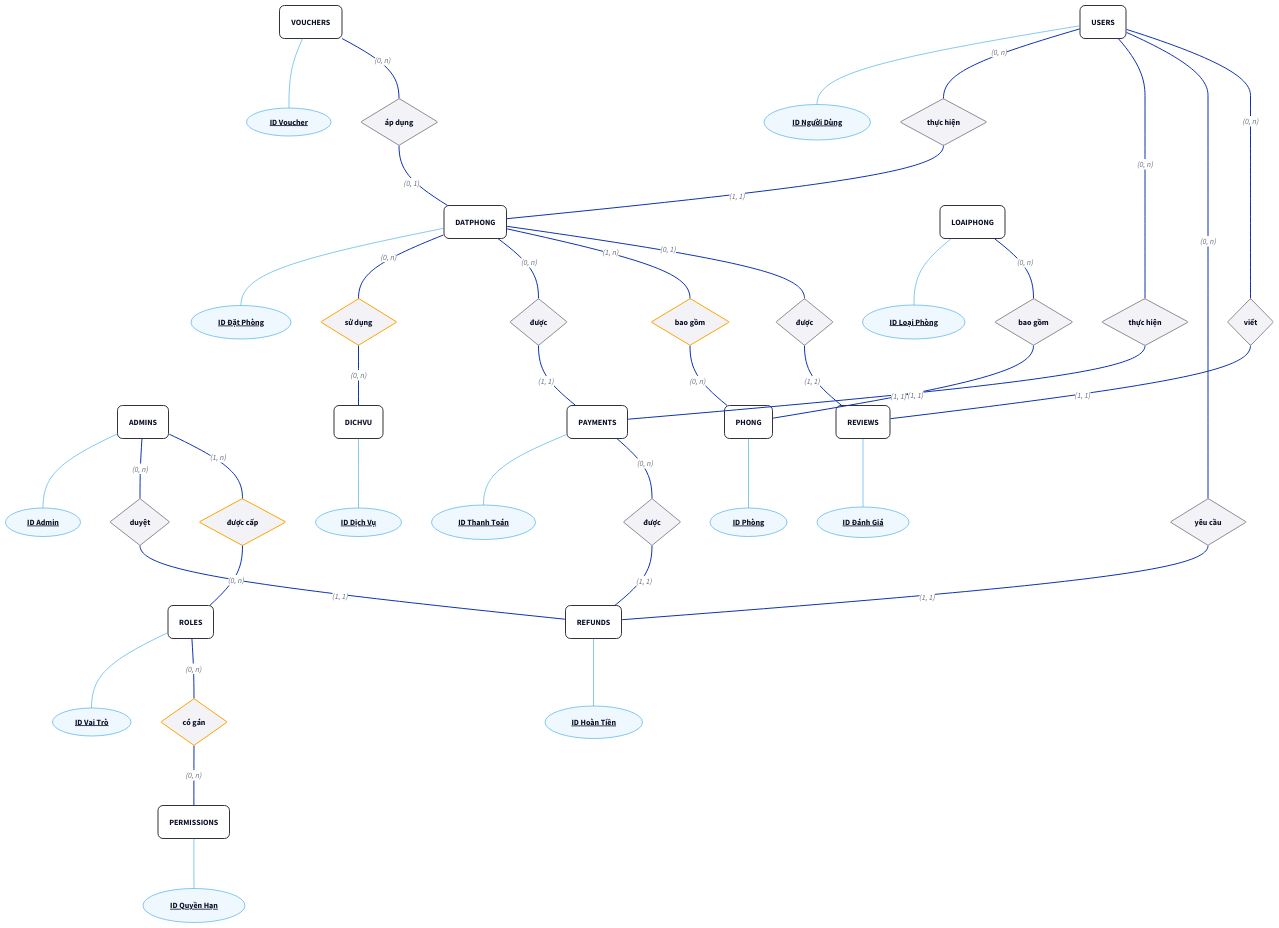
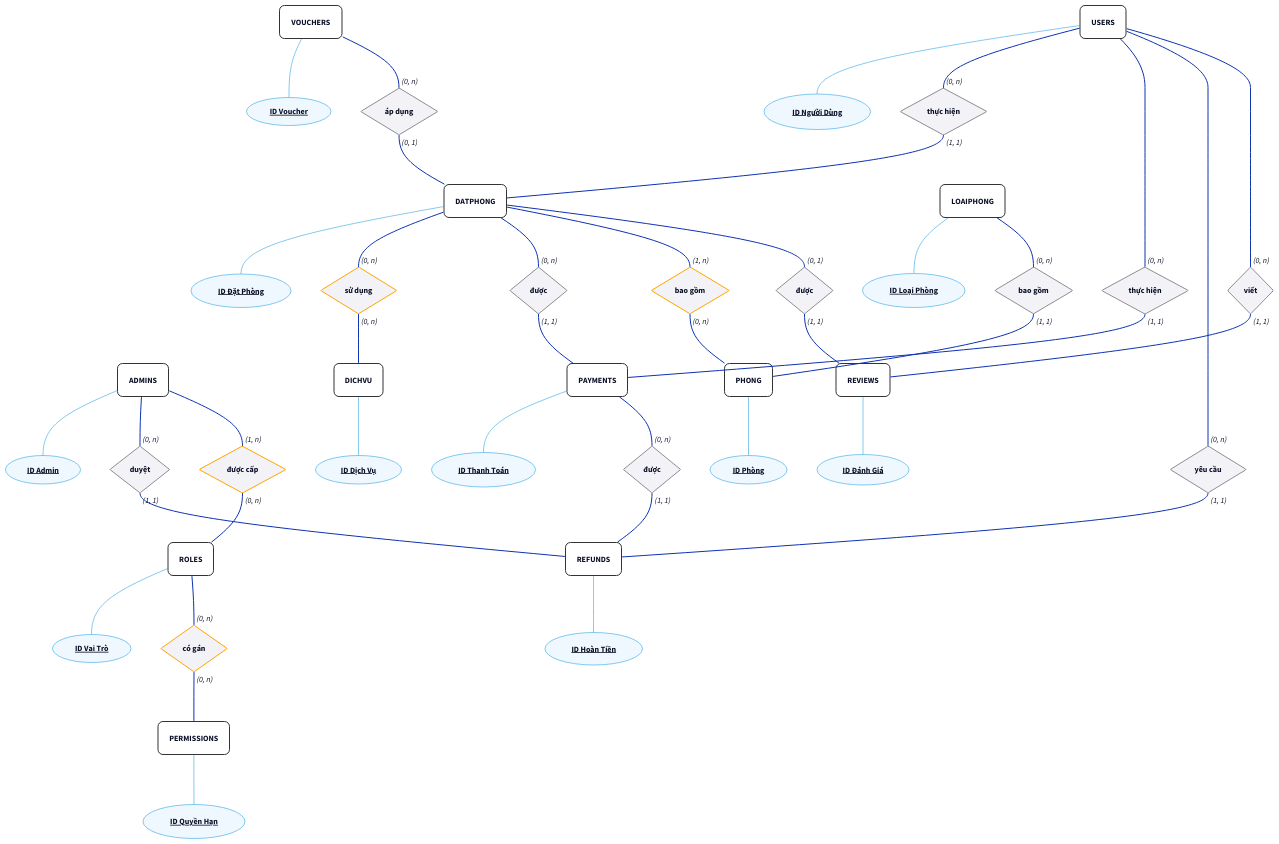
One commit to sam-uit/ie103-project-report changed the diagram in baocao/content/diagrams/ch02-concept-erd.d2. Above: the diagram before and after it, drawn with D2. The commit also changed 1 other file, not shown here.

Commit message:
target và source arrowhead: label

```diff
--- a/baocao/content/diagrams/ch02-concept-erd.d2
+++ b/baocao/content/diagrams/ch02-concept-erd.d2
@@ -1,187 +1,187 @@
 # direction: right
 
 # --- 0. STYLES ---
 style: {
   opacity: 0.0
   fill: transparent
 }
 
 # --- 1. SETTINGS ---
 classes: {
   entity: {
     shape: rectangle
     style: {border-radius: 10; fill: "#FFFFFF"; stroke: "#333333"}
   }
   rel: {
     shape: diamond
     style: {fill: "#F2F2F7"; stroke: "#8E8E93"}
   }
   attr: {
     shape: oval
     # width: 100; height: 50
     style: {fill: "#F0F8FF"; stroke: "#4682B4"; stroke-dash: 3}
   }
   attr_pri: {
     shape: oval
     style: {
       fill: "#F0F8FF"
       stroke: "#0d95de"
       stroke-width: 1
       underline: true
     }
   }
 }
 
 # --- 2. ENTITIES ---
 ADMINS: {class: entity; label: "ADMINS"}
 admin_id: {class: attr_pri; label: "ID Admin"}
 ADMINS -- admin_id: {style: {stroke: "#0d95de"; stroke-width: 1}}
 
 DATPHONG: {class: entity; label: "DATPHONG"}
 datphong_id: {class: attr_pri; label: "ID Đặt Phòng"}
 DATPHONG -- datphong_id: {style: {stroke: "#0d95de"; stroke-width: 1}}
 
 DICHVU: {class: entity; label: "DICHVU"}
 dichvu_id: {class: attr_pri; label: "ID Dịch Vụ"}
 DICHVU -- dichvu_id: {style: {stroke: "#0d95de"; stroke-width: 1}}
 
 LOAIPHONG: {class: entity; label: "LOAIPHONG"}
 loaiphong_id: {class: attr_pri; label: "ID Loại Phòng"}
 LOAIPHONG -- loaiphong_id: {style: {stroke: "#0d95de"; stroke-width: 1}}
 
 PAYMENTS: {class: entity; label: "PAYMENTS"}
 payments_id: {class: attr_pri; label: "ID Thanh Toán"}
 PAYMENTS -- payments_id: {style: {stroke: "#0d95de"; stroke-width: 1}}
 
 PERMISSIONS: {class: entity; label: "PERMISSIONS"}
 permissions_id: {class: attr_pri; label: "ID Quyền Hạn"}
 PERMISSIONS -- permissions_id: {style: {stroke: "#0d95de"; stroke-width: 1}}
 
 PHONG: {class: entity; label: "PHONG"}
 phong_id: {class: attr_pri; label: "ID Phòng"}
 PHONG -- phong_id: {style: {stroke: "#0d95de"; stroke-width: 1}}
 
 REFUNDS: {class: entity; label: "REFUNDS"}
 refunds_id: {class: attr_pri; label: "ID Hoàn Tiền"}
 REFUNDS -- refunds_id: {style: {stroke: "#0d95de"; stroke-width: 1}}
 
 REVIEWS: {class: entity; label: "REVIEWS"}
 reviews_id: {class: attr_pri; label: "ID Đánh Giá"}
 REVIEWS -- reviews_id: {style: {stroke: "#0d95de"; stroke-width: 1}}
 
 ROLES: {class: entity; label: "ROLES"}
 roles_id: {class: attr_pri; label: "ID Vai Trò"}
 ROLES -- roles_id: {style: {stroke: "#0d95de"; stroke-width: 1}}
 
 USERS: {class: entity; label: "USERS"}
 users_id: {class: attr_pri; label: "ID Người Dùng"}
 USERS -- users_id: {style: {stroke: "#0d95de"; stroke-width: 1}}
 
 VOUCHERS: {class: entity; label: "VOUCHERS"}
 vouchers_id: {class: attr_pri; label: "ID Voucher"}
 VOUCHERS -- vouchers_id: {style: {stroke: "#0d95de"; stroke-width: 1}}
 
 # --- 3. RELATIONSHIPS ---
 # ngôn ngữ "tự nhiên"
 
 # ADMINS -> REFUNDS: duyệt (1-n)
 # Admins có thể duyệt tối thiểu 0 và tối đa n lần hoàn tiền.
 # Một hoàn tiền có và chỉ có 1 admin duyệt.
 admins_refunds: {class: rel; label: "duyệt"}
-ADMINS -- admins_refunds: (0, n)
-admins_refunds -- REFUNDS: (1, 1)
+ADMINS -- admins_refunds: {target-arrowhead.label: "(0, n)"}
+admins_refunds -- REFUNDS: {source-arrowhead.label: "(1, 1)"}
 
 # ADMINS -> ROLES: được cấp (n-n)
 # n - n: viền cam
 # Một admin phải có tối thiểu 1 và tối đa n role được gán.
 # Một role có tối thiểu 0 và tối đa n admin được gán.
 admins_roles: {class: rel; label: "được cấp"; style: {stroke: orange}}
-ADMINS -- admins_roles: (1, n)
-admins_roles -- ROLES: (0, n)
+ADMINS -- admins_roles: {target-arrowhead.label: "(1, n)"}
+admins_roles -- ROLES: {source-arrowhead.label: "(0, n)"}
 
 # DATPHONG -> DICHVU: sử dụng (n-n)
 # Một đơn đặt phòng có thể có tối thiểu 0 và tối đa n dịch vụ đi kèm.
 # Một dịch vụ đi kèm có thể được sử dụng tối thiểu 0 và tối đa n đơn đặt phòng.
 datphong_dichvu: {class: rel; label: "sử dụng"; style: {stroke: orange}}
-DATPHONG -- datphong_dichvu: (0, n)
-datphong_dichvu -- DICHVU: (0, n)
+DATPHONG -- datphong_dichvu: {target-arrowhead.label: "(0, n)"}
+datphong_dichvu -- DICHVU: {source-arrowhead.label: "(0, n)"}
 
 # DATPHONG -> PAYMENTS: được (1-n)
 # Một đơn đặt phòng có tối thiểu 0 và tối đa n thanh toán.
 # Một thanh toán có và chỉ có 1 đơn đặt phòng.
 datphong_payments: {class: rel; label: "được"}
-DATPHONG -- datphong_payments: (0, n)
-datphong_payments -- PAYMENTS: (1, 1)
+DATPHONG -- datphong_payments: {target-arrowhead.label: "(0, n)"}
+datphong_payments -- PAYMENTS: {source-arrowhead.label: "(1, 1)"}
 
 # DATPHONG -> PHONG: bao gồm (1-n)
 # Một đơn đặt phòng có tối thiểu 1 và tối đa n phòng.
 # Một phòng có tối thiểu 0 và tối đa n đơn đặt phòng.
 datphong_phong: {class: rel; label: "bao gồm"; style: {stroke: orange}}
-DATPHONG -- datphong_phong: (1, n)
-datphong_phong -- PHONG: (0, n)
+DATPHONG -- datphong_phong: {target-arrowhead.label: "(1, n)"}
+datphong_phong -- PHONG: {source-arrowhead.label: "(0, n)"}
 
 # DATPHONG -> REVIEWS: được (1-1)
 # Một đơn đặt phòng có tối thiểu 0 và tối đa 1 đánh giá.
 # Một đánh giá thuộc và chỉ thuộc 1 đơn đặt phòng.
 datphong_reviews: {class: rel; label: "được"}
-DATPHONG -- datphong_reviews: (0, 1)
-datphong_reviews -- REVIEWS: (1, 1)
+DATPHONG -- datphong_reviews: {target-arrowhead.label: "(0, 1)"}
+datphong_reviews -- REVIEWS: {source-arrowhead.label: "(1, 1)"}
 
 # LOAIPHONG <- PHONG: thuộc
 # Một loại phòng có tối thiểu 0 và tối đa n phòng.
 # Một phòng thuộc và chỉ thuộc 1 loại phòng.
 loaiphong_phong: {class: rel; label: "bao gồm"}
-LOAIPHONG -- loaiphong_phong: (0, n)
-loaiphong_phong -- PHONG: (1, 1)
+LOAIPHONG -- loaiphong_phong: {target-arrowhead.label: "(0, n)"}
+loaiphong_phong -- PHONG: {source-arrowhead.label: "(1, 1)"}
 
 # PAYMENTS -> REFUNDS: được
 # Một thanh toán có tối thiểu 0 và tối đa n hoàn tiền.
 # Một hoàn tiền được và chỉ được tạo từ 1 thanh toán.
 payments_refunds: {class: rel; label: "được"}
-PAYMENTS -- payments_refunds: (0, n)
-payments_refunds -- REFUNDS: (1, 1)
+PAYMENTS -- payments_refunds: {target-arrowhead.label: "(0, n)"}
+payments_refunds -- REFUNDS: {source-arrowhead.label: "(1, 1)"}
 
 # ROLES -> PERMISSIONS: có gán (n-n)
 # Một vai trò có tối thiểu 0 và tối đa n quyền hạn.
 # Một quyền hạn có tối thiểu 0 và tối đa n vai trò.
 roles_permissions: {class: rel; label: "có gán"; style: {stroke: orange}}
-ROLES -- roles_permissions: (0, n)
-roles_permissions -- PERMISSIONS: (0, n)
+ROLES -- roles_permissions: {target-arrowhead.label: "(0, n)"}
+roles_permissions -- PERMISSIONS: {source-arrowhead.label: "(0, n)"}
 
 # USERS -> DATPHONG: thực hiện (1-n)
 # Một user có tối thiểu 0, và tối đa n đặt phòng
 # Một đặt phòng có và chỉ có 1 user
 users_datphong: {class: rel; label: "thực hiện"}
-USERS -- users_datphong: (0, n)
-users_datphong -- DATPHONG: (1, 1)
+USERS -- users_datphong: {target-arrowhead.label: "(0, n)"}
+users_datphong -- DATPHONG: {source-arrowhead.label: "(1, 1)"}
 
 # USERS -> PAYMENTS: thực hiện (1-n)
 # Một user có tối thiểu 0, và tối đa n thanh toán.
 # Một thanh toán có và chỉ có 1 user
 users_payment: {class: rel; label: "thực hiện"}
-USERS -- users_payment: (0, n)
-users_payment -- PAYMENTS: (1, 1)
+USERS -- users_payment: {target-arrowhead.label: "(0, n)"}
+users_payment -- PAYMENTS: {source-arrowhead.label: "(1, 1)"}
 
 # USERS -> REFUNDS: yêu cầu (1-n)
 # Một user có tối thiểu 0, và tối đa n yêu cầu hoàn tiền.
 # Một yêu cầu hoàn tiền có và chỉ có 1 user.
 users_refunds: {class: rel; label: "yêu cầu"}
-USERS -- users_refunds: (0, n)
-users_refunds -- REFUNDS: (1, 1)
+USERS -- users_refunds: {target-arrowhead.label: "(0, n)"}
+users_refunds -- REFUNDS: {source-arrowhead.label: "(1, 1)"}
 
 # USERS -> REVIEWS: viết (1-n)
 # Một user có tối thiểu 0, và tối đa n đánh giá.
 # Một đánh giá có tối thiểu 1 tối đa 1 user.
 users_reviews: {class: rel; label: "viết"}
-USERS -- users_reviews: (0, n)
-users_reviews -- REVIEWS: (1, 1)
+USERS -- users_reviews: {target-arrowhead.label: "(0, n)"}
+users_reviews -- REVIEWS: {source-arrowhead.label: "(1, 1)"}
 
 # VOUCHERS -> DATPHONG: áp dụng (1-n)
 # Một mã giảm giá có tối thiểu 0, và tối đa n đơn đặt phòng.
 # Một đơn đặt phòng có tối thiểu 0, và tối đa 1 mã giảm giá áp dụng.
 vouchers_datphong: {class: rel; label: "áp dụng"}
-VOUCHERS -- vouchers_datphong: (0, n)
-vouchers_datphong -- DATPHONG: (0, 1)
+VOUCHERS -- vouchers_datphong: {target-arrowhead.label: "(0, n)"}
+vouchers_datphong -- DATPHONG: {source-arrowhead.label: "(0, 1)"}
 
 # 4. Bảng Số
 # Tách riêng cho dễ cập nhật và quản lý.
```
